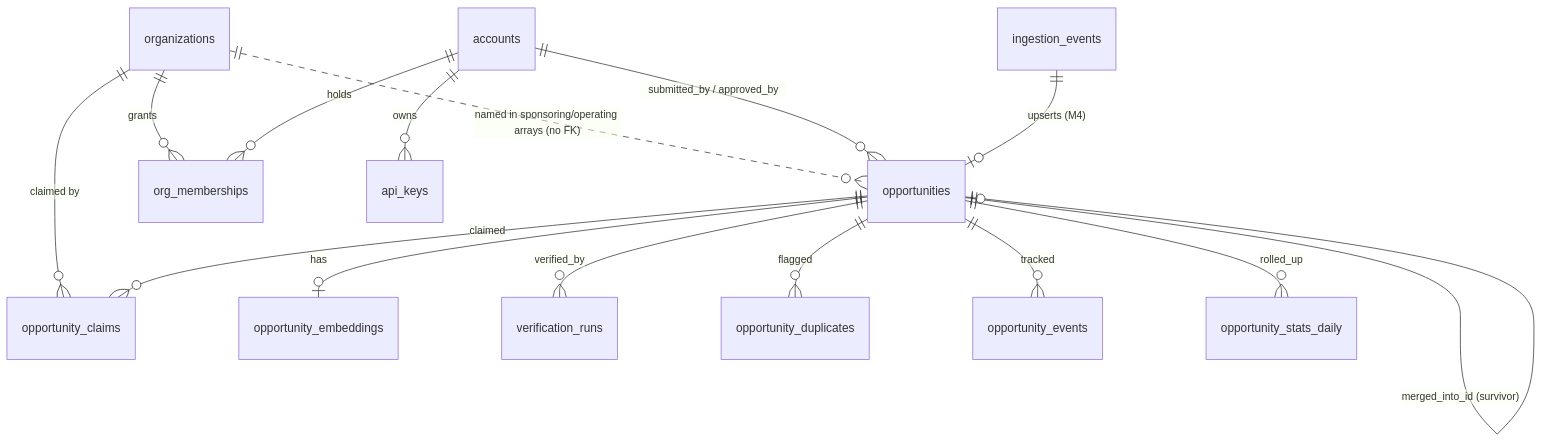
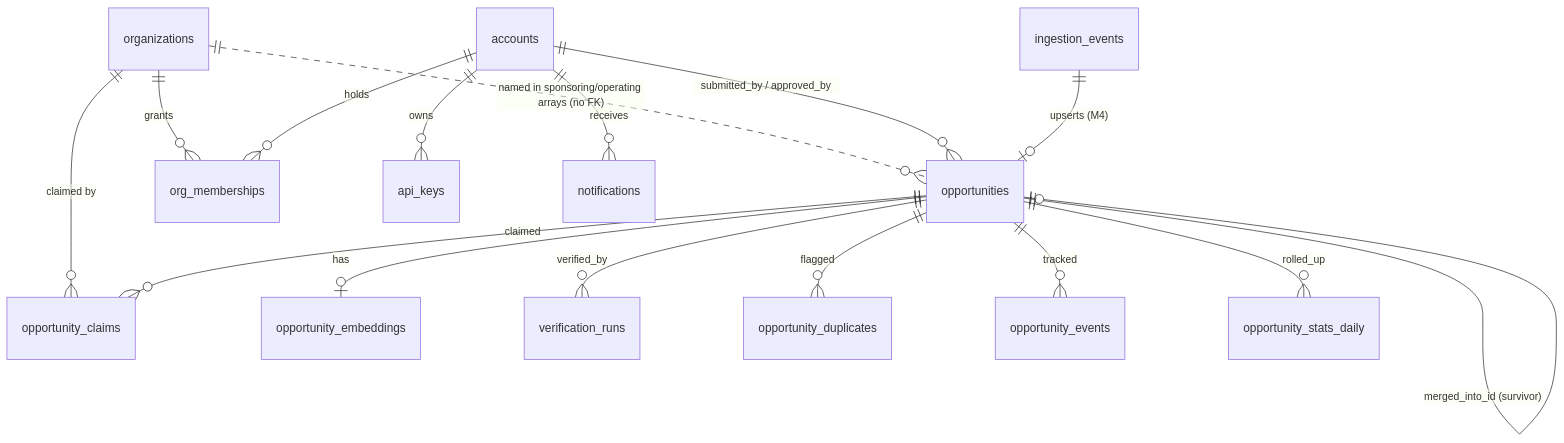
The diagram in packages/api/docs/data-model.md (The-RFP-Hub/the-rfp-hub), drawn with Mermaid before and after one commit. The commit also changed other lines of this file and 5 other files, not shown here.

````diff
--- a/packages/api/docs/data-model.md
+++ b/packages/api/docs/data-model.md
@@ -125,17 +126,18 @@
 ```mermaid
 erDiagram
     organizations ||..o{ opportunities : "named in sponsoring/operating arrays (no FK)"
     organizations ||--o{ org_memberships : grants
     organizations ||--o{ opportunity_claims : "claimed by"
     accounts      ||--o{ org_memberships : holds
     accounts      ||--o{ api_keys : owns
+    accounts      ||--o{ notifications : receives
     accounts      ||--o{ opportunities : "submitted_by / approved_by"
     opportunities ||--o{ opportunity_claims : "claimed"
     opportunities ||--o| opportunity_embeddings : has
     opportunities ||--o{ verification_runs : verified_by
     opportunities ||--o{ opportunity_duplicates : flagged
     opportunities ||--o| opportunities : "merged_into_id (survivor)"
     opportunities ||--o{ opportunity_events : tracked
     opportunities ||--o{ opportunity_stats_daily : rolled_up
     ingestion_events ||--o| opportunities : "upserts (M4)"
 ```
````
